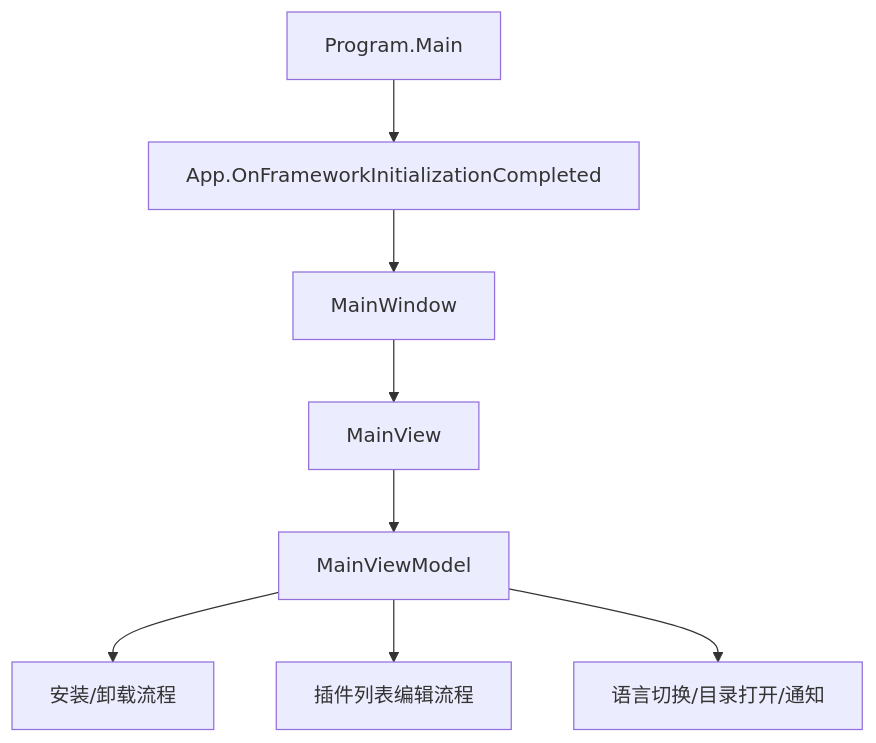
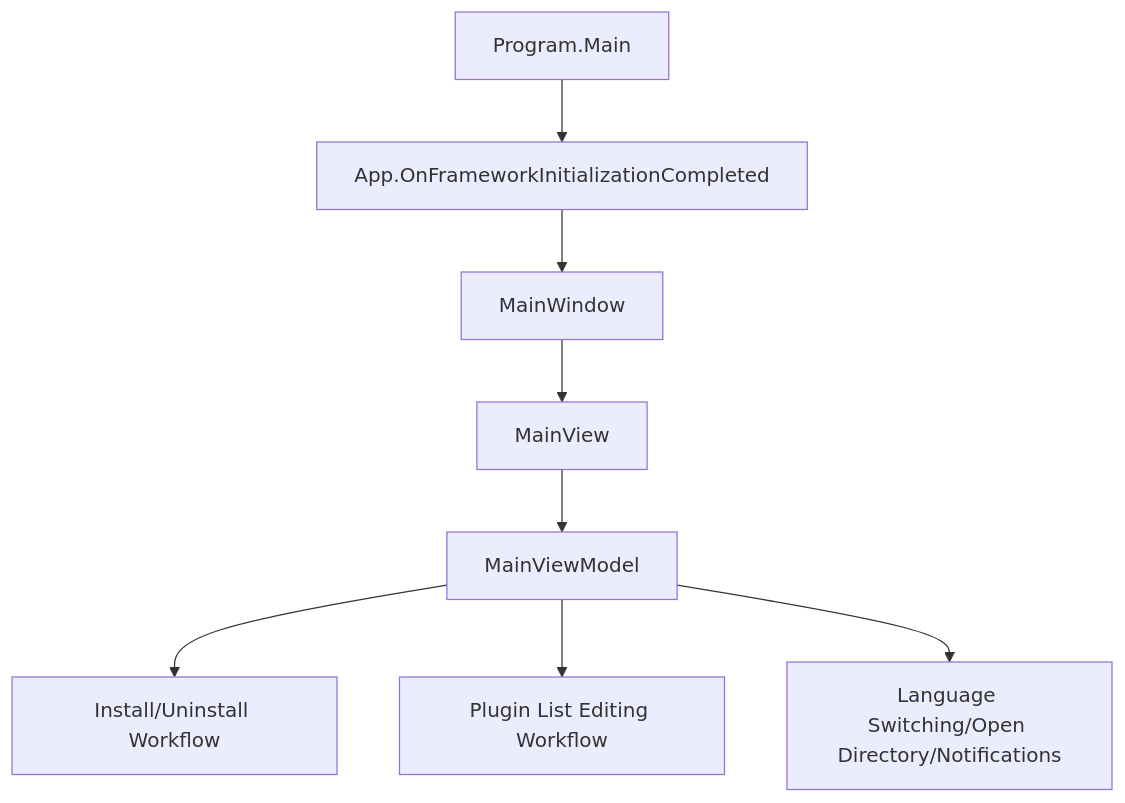
The first of 2 diagrams in memory/MetahookInstaller.md (hzqst/MetaHookSv), drawn with Mermaid before and after one commit. The commit also changed other lines of this file and 47 other files, not shown here.

````diff
--- a/memory/MetahookInstaller.md
+++ b/memory/MetahookInstaller.md
@@ -51,11 +51,11 @@
 ```mermaid
 flowchart TD
     A[Program.Main] --> B[App.OnFrameworkInitializationCompleted]
     B --> C[MainWindow]
     C --> D[MainView]
     D --> E[MainViewModel]
 
-    E --> F[安装/卸载流程]
-    E --> G[插件列表编辑流程]
-    E --> H[语言切换/目录打开/通知]
+    E --> F[Install/Uninstall Workflow]
+    E --> G[Plugin List Editing Workflow]
+    E --> H[Language Switching/Open Directory/Notifications]
 ```
````
